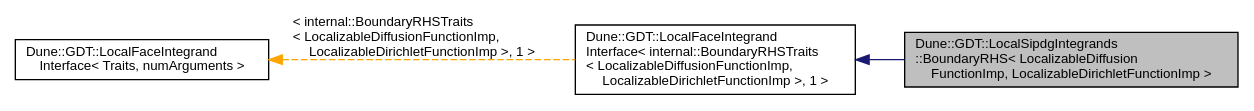
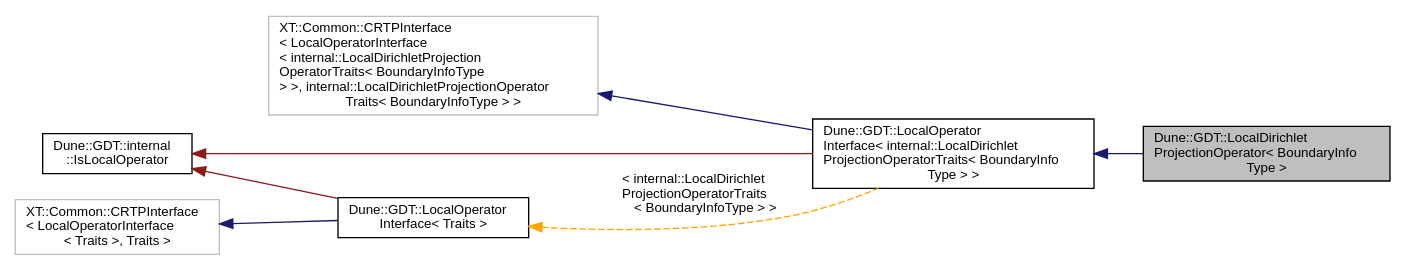
Before and after one commit to dune-community/dune-community.github.io: the diagram in docs/dune-gdt/''/a01622.dot, drawn with Graphviz. The commit also changed 2733 other files, not shown here.

Commit message:
Updated documentation for dune-gdt ''

```diff
--- a/docs/dune-gdt/''/a01622.dot
+++ b/docs/dune-gdt/''/a01622.dot
@@ -1,11 +1,18 @@
-digraph "Dune::GDT::LocalSipdgIntegrands::BoundaryRHS&lt; LocalizableDiffusionFunctionImp, LocalizableDirichletFunctionImp &gt;"
+digraph "Dune::GDT::LocalDirichletProjectionOperator&lt; BoundaryInfoType &gt;"
 {
   edge [fontname="Helvetica",fontsize="10",labelfontname="Helvetica",labelfontsize="10"];
   node [fontname="Helvetica",fontsize="10",shape=record];
   rankdir="LR";
-  Node0 [label="Dune::GDT::LocalSipdgIntegrands\l::BoundaryRHS\< LocalizableDiffusion\lFunctionImp, LocalizableDirichletFunctionImp \>",height=0.2,width=0.4,color="black", fillcolor="grey75", style="filled", fontcolor="black"];
+  Node0 [label="Dune::GDT::LocalDirichlet\lProjectionOperator\< BoundaryInfo\lType \>",height=0.2,width=0.4,color="black", fillcolor="grey75", style="filled", fontcolor="black"];
   Node1 -> Node0 [dir="back",color="midnightblue",fontsize="10",style="solid",fontname="Helvetica"];
-  Node1 [label="Dune::GDT::LocalFaceIntegrand\lInterface\< internal::BoundaryRHSTraits\l\< LocalizableDiffusionFunctionImp,\l LocalizableDirichletFunctionImp \>, 1 \>",height=0.2,width=0.4,color="black", fillcolor="white", style="filled",URL="$a01551.html"];
-  Node2 -> Node1 [dir="back",color="orange",fontsize="10",style="dashed",label=" \< internal::BoundaryRHSTraits\l\< LocalizableDiffusionFunctionImp,\l LocalizableDirichletFunctionImp \>, 1 \>" ,fontname="Helvetica"];
-  Node2 [label="Dune::GDT::LocalFaceIntegrand\lInterface\< Traits, numArguments \>",height=0.2,width=0.4,color="black", fillcolor="white", style="filled",URL="$a01551.html",tooltip="Interface for local evaluations that depend on an intersection. "];
+  Node1 [label="Dune::GDT::LocalOperator\lInterface\< internal::LocalDirichlet\lProjectionOperatorTraits\< BoundaryInfo\lType \> \>",height=0.2,width=0.4,color="black", fillcolor="white", style="filled",URL="$a01671.html"];
+  Node2 -> Node1 [dir="back",color="midnightblue",fontsize="10",style="solid",fontname="Helvetica"];
+  Node2 [label="XT::Common::CRTPInterface\l\< LocalOperatorInterface\l\< internal::LocalDirichletProjection\lOperatorTraits\< BoundaryInfoType\l \> \>, internal::LocalDirichletProjectionOperator\lTraits\< BoundaryInfoType \> \>",height=0.2,width=0.4,color="grey75", fillcolor="white", style="filled"];
+  Node3 -> Node1 [dir="back",color="firebrick4",fontsize="10",style="solid",fontname="Helvetica"];
+  Node3 [label="Dune::GDT::internal\l::IsLocalOperator",height=0.2,width=0.4,color="black", fillcolor="white", style="filled",URL="$a01659.html"];
+  Node4 -> Node1 [dir="back",color="orange",fontsize="10",style="dashed",label=" \< internal::LocalDirichlet\lProjectionOperatorTraits\l\< BoundaryInfoType \> \>" ,fontname="Helvetica"];
+  Node4 [label="Dune::GDT::LocalOperator\lInterface\< Traits \>",height=0.2,width=0.4,color="black", fillcolor="white", style="filled",URL="$a01671.html"];
+  Node5 -> Node4 [dir="back",color="midnightblue",fontsize="10",style="solid",fontname="Helvetica"];
+  Node5 [label="XT::Common::CRTPInterface\l\< LocalOperatorInterface\l\< Traits \>, Traits \>",height=0.2,width=0.4,color="grey75", fillcolor="white", style="filled"];
+  Node3 -> Node4 [dir="back",color="firebrick4",fontsize="10",style="solid",fontname="Helvetica"];
 }
```
